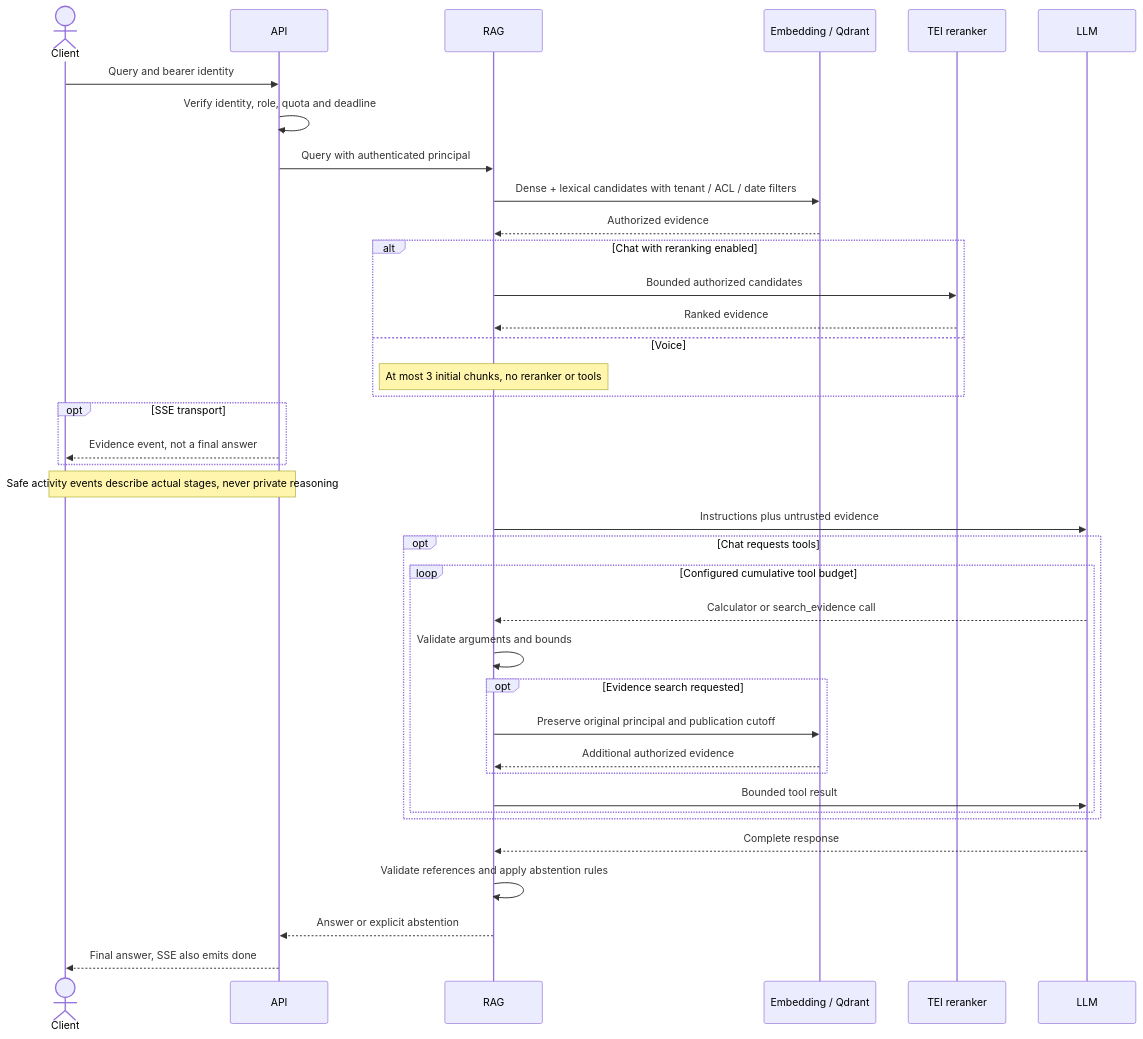
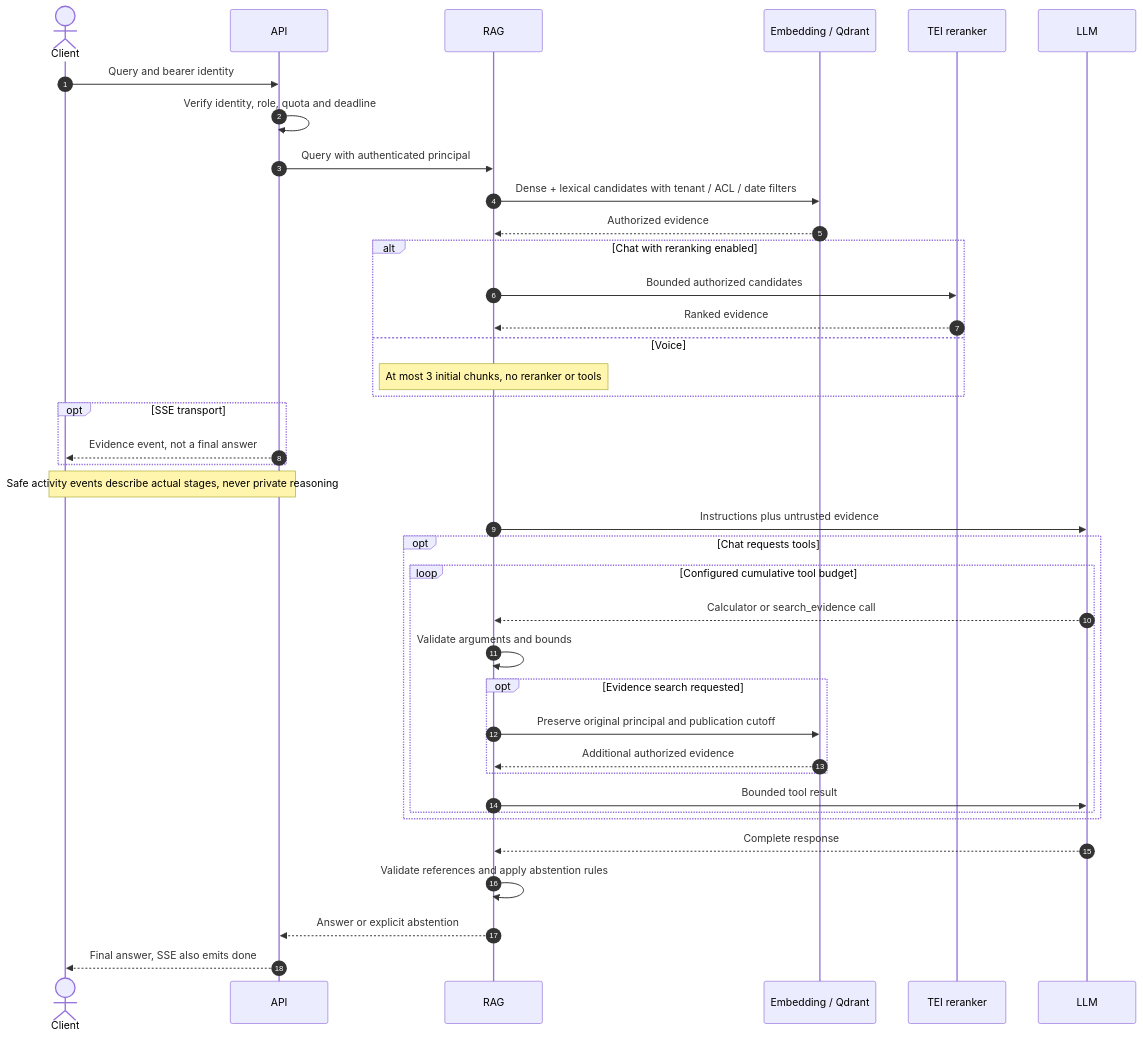
One commit to tushar-mahalya/ledger_rag changed the second of 5 diagrams in docs/ARCHITECTURE.md. Above: the diagram before and after it, drawn with Mermaid. The commit also changed other lines of this file and 7 other files, not shown here.

First line of the commit message:
docs: correct drifted claims in seven architecture and operations docs

````diff
--- a/docs/ARCHITECTURE.md
+++ b/docs/ARCHITECTURE.md
@@ -73,40 +78,41 @@
 ```mermaid
 sequenceDiagram
+    autonumber
     actor Client
     participant API
     participant RAG
     participant Search as Embedding / Qdrant
     participant Rank as TEI reranker
     participant LLM
     Client->>API: Query and bearer identity
     API->>API: Verify identity, role, quota and deadline
     API->>RAG: Query with authenticated principal
     RAG->>Search: Dense + lexical candidates with tenant / ACL / date filters
     Search-->>RAG: Authorized evidence
     alt Chat with reranking enabled
         RAG->>Rank: Bounded authorized candidates
         Rank-->>RAG: Ranked evidence
     else Voice
         Note over RAG: At most 3 initial chunks, no reranker or tools
     end
     opt SSE transport
         API-->>Client: Evidence event, not a final answer
     end
     Note over API,Client: Safe activity events describe actual stages, never private reasoning
     RAG->>LLM: Instructions plus untrusted evidence
     opt Chat requests tools
         loop Configured cumulative tool budget
             LLM-->>RAG: Calculator or search_evidence call
             RAG->>RAG: Validate arguments and bounds
             opt Evidence search requested
                 RAG->>Search: Preserve original principal and publication cutoff
                 Search-->>RAG: Additional authorized evidence
             end
             RAG->>LLM: Bounded tool result
         end
     end
     LLM-->>RAG: Complete response
     RAG->>RAG: Validate references and apply abstention rules
     RAG-->>API: Answer or explicit abstention
     API-->>Client: Final answer, SSE also emits done
 ```
````
